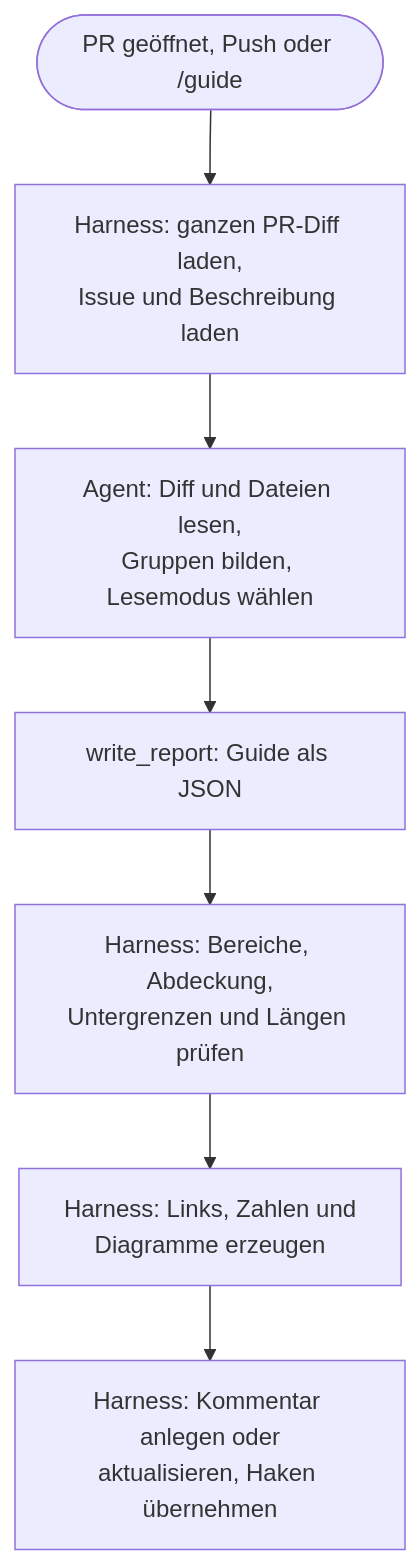
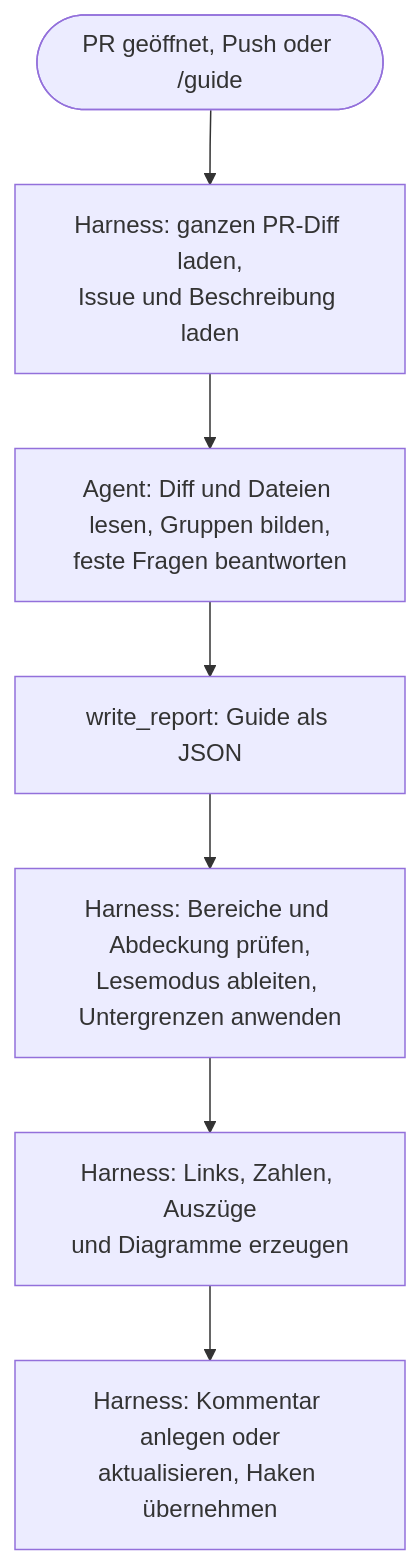
One commit to deyai-labs/pr-pitcrew changed the diagram in docs/concepts/review-guide.md. Above: the diagram before and after it, drawn with Mermaid. The commit also changed other lines of this file and 1 other file, not shown here.

````diff
--- a/docs/concepts/review-guide.md
+++ b/docs/concepts/review-guide.md
@@ -246,9 +273,9 @@
 ```mermaid
 flowchart TD
   trigger(["PR geöffnet, Push oder /guide"]) --> fetch["Harness: ganzen PR-Diff laden,<br/>Issue und Beschreibung laden"]
-  fetch --> agent["Agent: Diff und Dateien lesen,<br/>Gruppen bilden, Lesemodus wählen"]
+  fetch --> agent["Agent: Diff und Dateien lesen, Gruppen bilden,<br/>feste Fragen beantworten"]
   agent --> report["write_report: Guide als JSON"]
-  report --> check["Harness: Bereiche, Abdeckung,<br/>Untergrenzen und Längen prüfen"]
-  check --> render["Harness: Links, Zahlen und<br/>Diagramme erzeugen"]
+  report --> check["Harness: Bereiche und Abdeckung prüfen,<br/>Lesemodus ableiten, Untergrenzen anwenden"]
+  check --> render["Harness: Links, Zahlen, Auszüge<br/>und Diagramme erzeugen"]
   render --> upsert["Harness: Kommentar anlegen oder<br/>aktualisieren, Haken übernehmen"]
 ```
````
